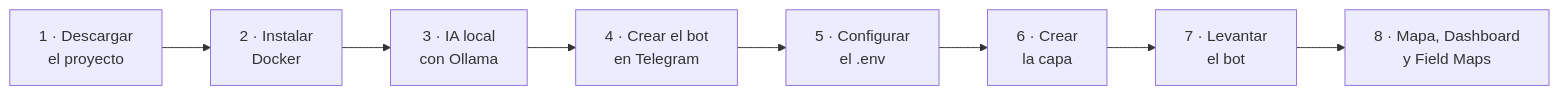
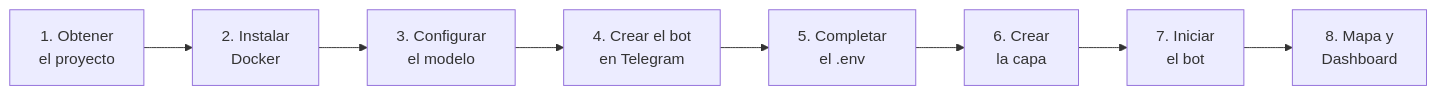
Before and after one commit to osbonilla/arcgis-telegram: the sixth of 7 diagrams in README.md, drawn with Mermaid. The commit also changed other lines of this file, not shown here.

````diff
--- a/README.md
+++ b/README.md
@@ -201,10 +366,10 @@
 ```mermaid
 flowchart LR
-    P1["1 · Descargar<br/>el proyecto"] --> P2["2 · Instalar<br/>Docker"]
-    P2 --> P3["3 · IA local<br/>con Ollama"]
-    P3 --> P4["4 · Crear el bot<br/>en Telegram"]
-    P4 --> P5["5 · Configurar<br/>el .env"]
-    P5 --> P6["6 · Crear<br/>la capa"]
-    P6 --> P7["7 · Levantar<br/>el bot"]
-    P7 --> P8["8 · Mapa, Dashboard<br/>y Field Maps"]
+    P1["1. Obtener<br/>el proyecto"] --> P2["2. Instalar<br/>Docker"]
+    P2 --> P3["3. Configurar<br/>el modelo"]
+    P3 --> P4["4. Crear el bot<br/>en Telegram"]
+    P4 --> P5["5. Completar<br/>el .env"]
+    P5 --> P6["6. Crear<br/>la capa"]
+    P6 --> P7["7. Iniciar<br/>el bot"]
+    P7 --> P8["8. Mapa y<br/>Dashboard"]
 ```
````
